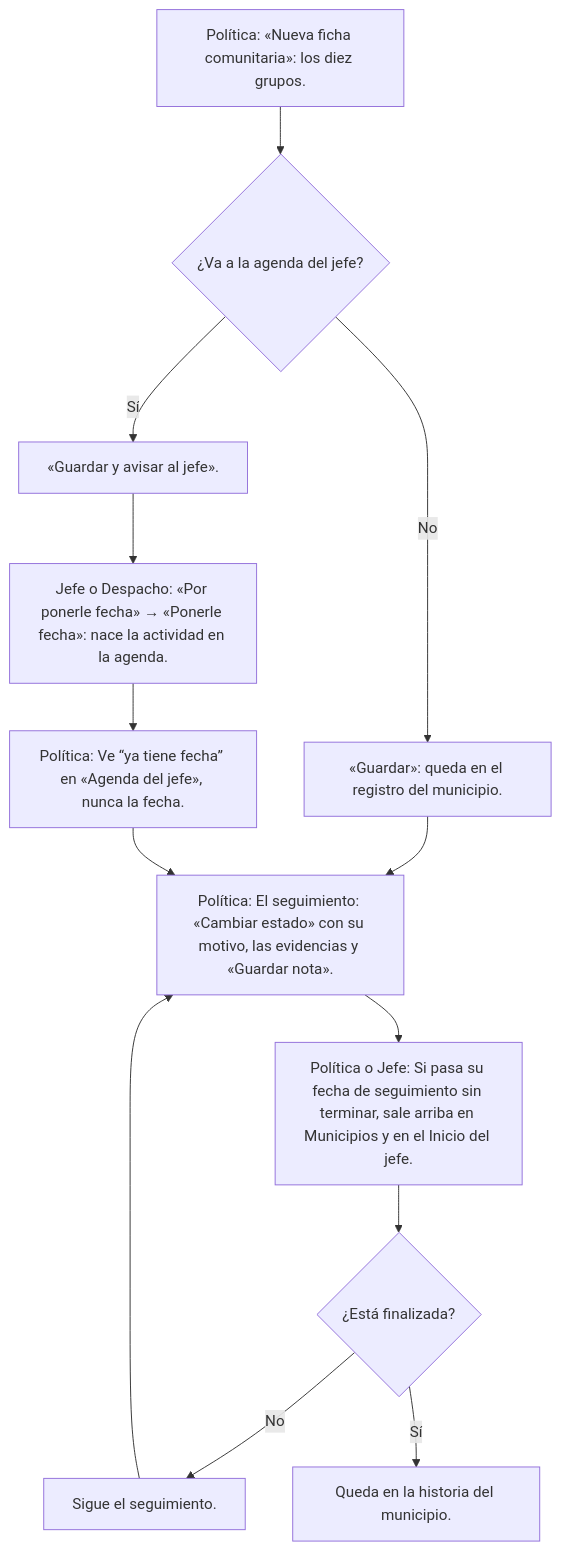
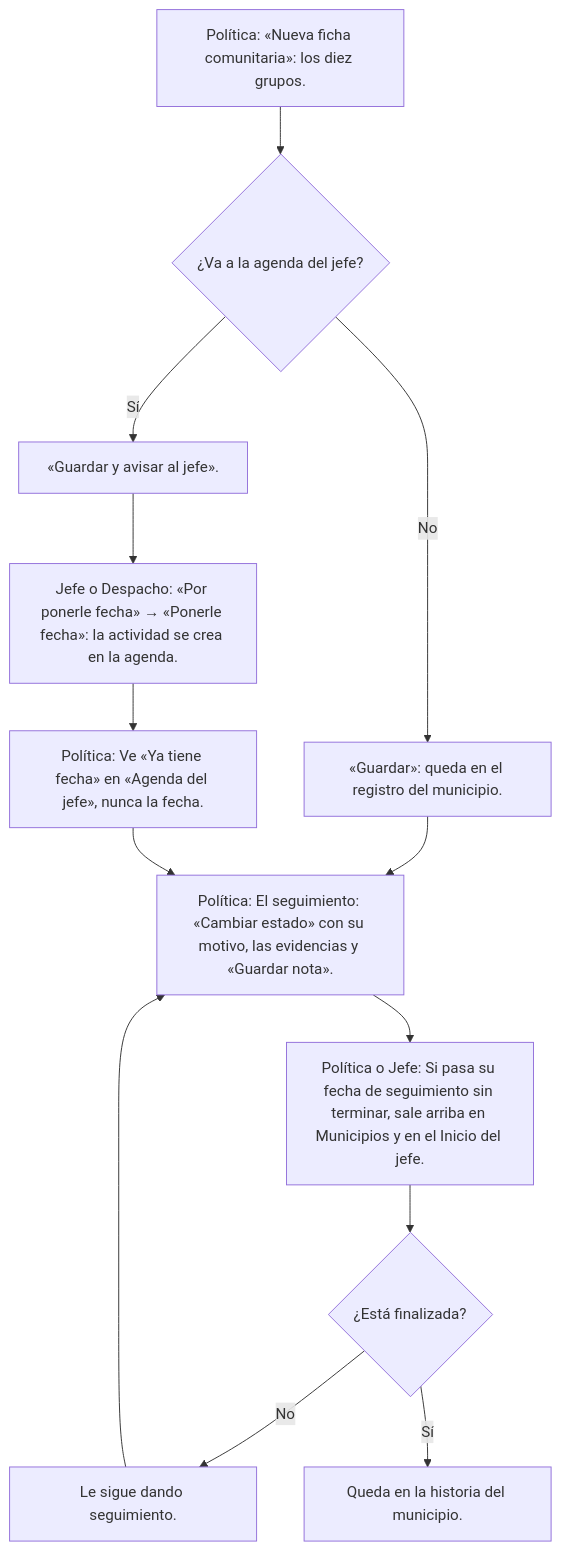
One commit to fbvenezuela/Gestionapp changed the third of 9 diagrams in app-freddy-bernal/docs/FLUJOS.md. Above: the diagram before and after it, drawn with Mermaid. The commit also changed other lines of this file and 44 other files, not shown here.

````diff
--- a/app-freddy-bernal/docs/FLUJOS.md
+++ b/app-freddy-bernal/docs/FLUJOS.md
@@ -126,20 +126,20 @@
 ```mermaid
 flowchart TD
   comunitario_reporte["Política: «Nueva ficha comunitaria»: los diez grupos."]
   comunitario_reporte --> comunitario_reporte_q{"¿Va a la agenda del jefe?"}
   comunitario_reporte_q -- No --> comunitario_reporte_b1["«Guardar»: queda en el registro del municipio."]
   comunitario_reporte_b1 --> comunitario_seguimiento
   comunitario_reporte_q -- Sí --> comunitario_reporte_b2["«Guardar y avisar al jefe»."]
   comunitario_reporte_b2 --> comunitario_fecha
-  comunitario_fecha["Jefe o Despacho: «Por ponerle fecha» → «Ponerle fecha»: nace la actividad en la agenda."]
+  comunitario_fecha["Jefe o Despacho: «Por ponerle fecha» → «Ponerle fecha»: la actividad se crea en la agenda."]
   comunitario_fecha --> comunitario_ya
-  comunitario_ya["Política: Ve “ya tiene fecha” en «Agenda del jefe», nunca la fecha."]
+  comunitario_ya["Política: Ve «Ya tiene fecha» en «Agenda del jefe», nunca la fecha."]
   comunitario_ya --> comunitario_seguimiento
   comunitario_seguimiento["Política: El seguimiento: «Cambiar estado» con su motivo, las evidencias y «Guardar nota»."]
   comunitario_seguimiento --> comunitario_vencida
   comunitario_vencida["Política o Jefe: Si pasa su fecha de seguimiento sin terminar, sale arriba en Municipios y en el Inicio del jefe."]
   comunitario_vencida --> comunitario_vencida_q{"¿Está finalizada?"}
-  comunitario_vencida_q -- No --> comunitario_vencida_b1["Sigue el seguimiento."]
+  comunitario_vencida_q -- No --> comunitario_vencida_b1["Le sigue dando seguimiento."]
   comunitario_vencida_b1 --> comunitario_seguimiento
   comunitario_vencida_q -- Sí --> comunitario_vencida_b2["Queda en la historia del municipio."]
 ```
````
